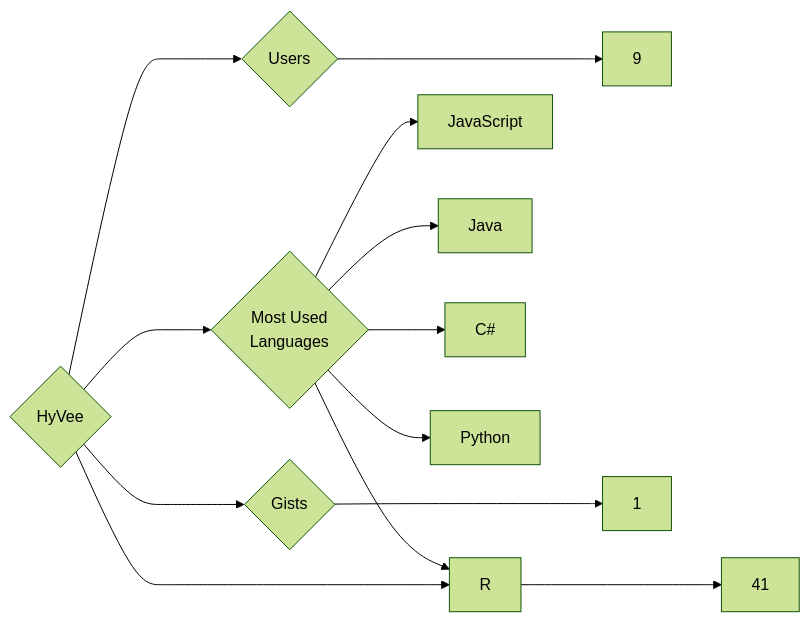
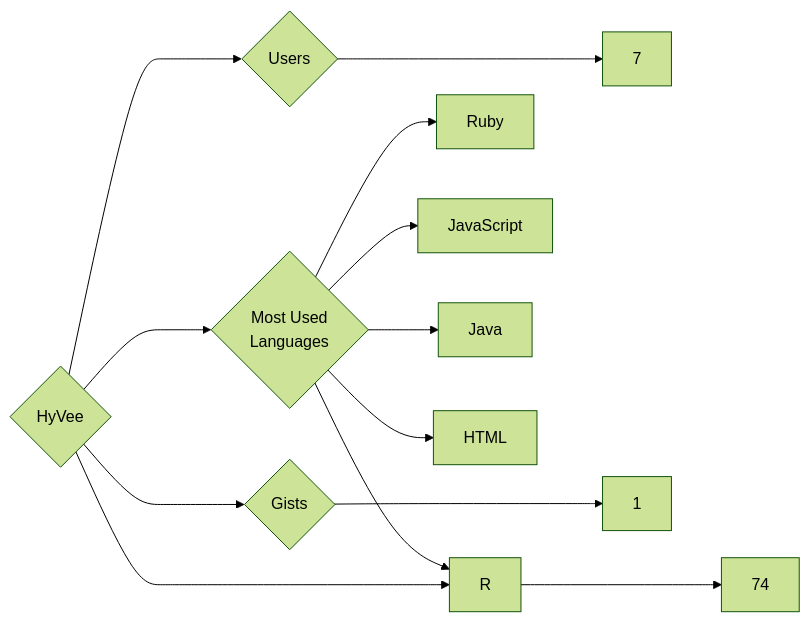
One commit to trickest/insiders changed the diagram in targets/HyVee/README.md. Above: the diagram before and after it, drawn with Mermaid (forest theme). The commit also changed 933 other files, not shown here.

````diff
--- a/targets/HyVee/README.md
+++ b/targets/HyVee/README.md
@@ -3,13 +3,13 @@
 ```mermaid
 graph LR
 COMPANY_NAME{HyVee}
-COMPANY_NAME ---> U{Users} ---> UN[9]
-COMPANY_NAME ---> R{Repositories} ---> RN[41]
+COMPANY_NAME ---> U{Users} ---> UN[7]
+COMPANY_NAME ---> R{Repositories} ---> RN[74]
 COMPANY_NAME ---> G{Gists} ---> GN[1]
 COMPANY_NAME ---> ML{Most Used<br>Languages}
+ML --> Ruby[Ruby]
 ML --> JavaScript[JavaScript]
 ML --> Java[Java]
 ML --> R[R]
-ML --> C#[C#]
-ML --> Python[Python]
+ML --> HTML[HTML]
 ```
````
